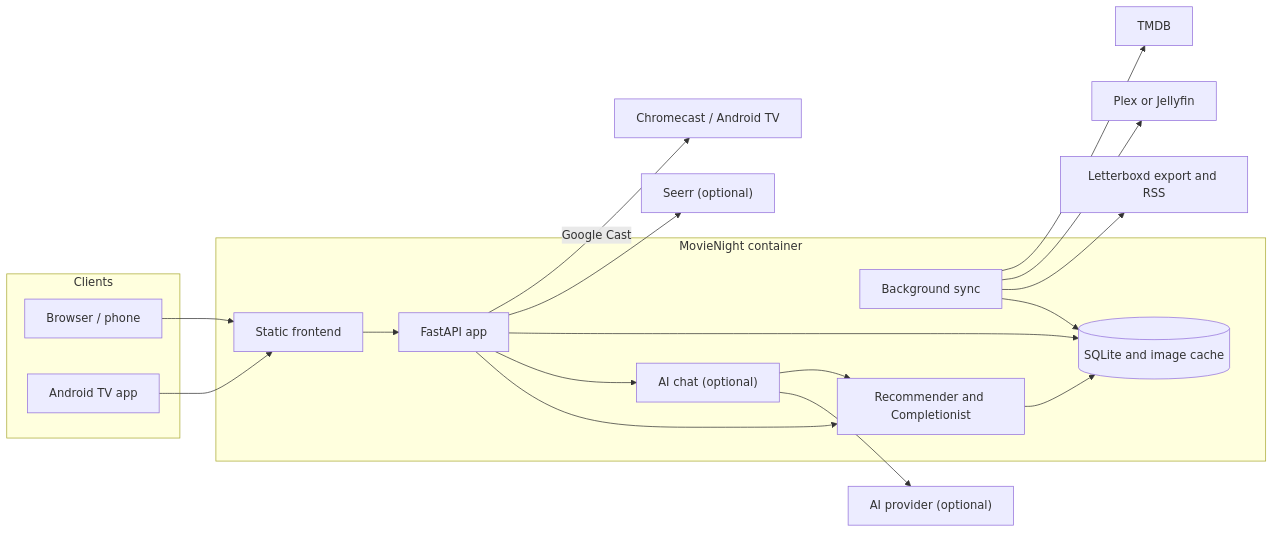
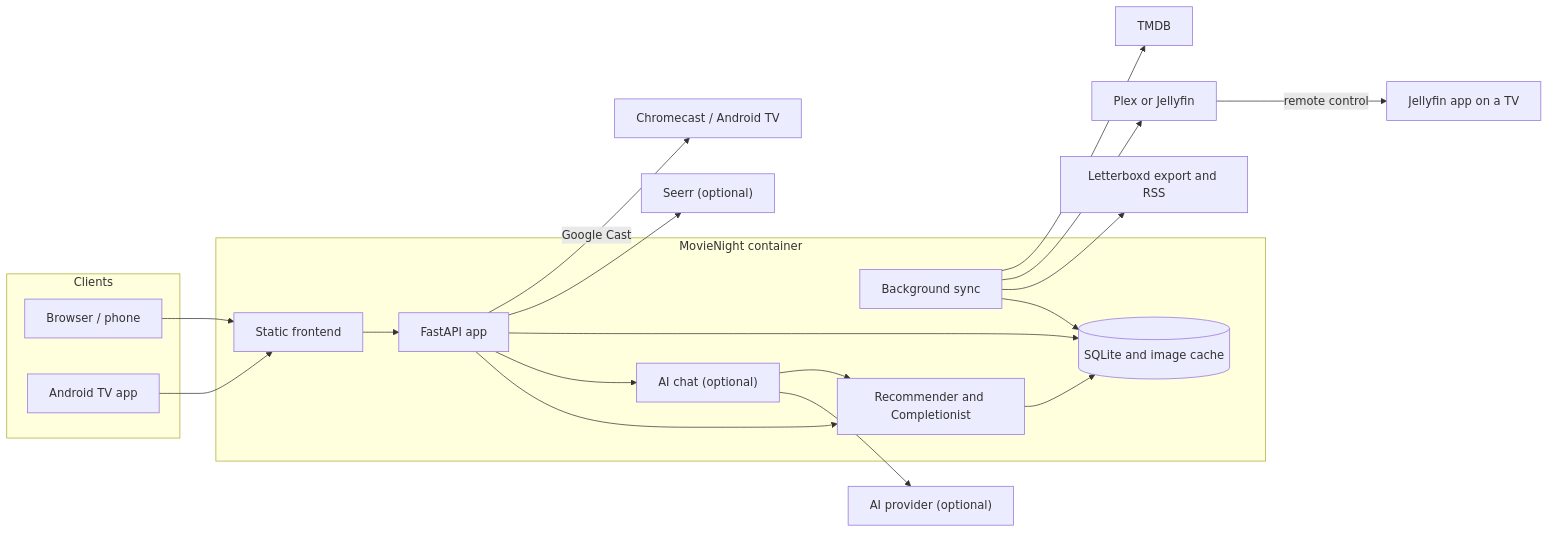
The diagram in README.md (andreub/movienight), drawn with Mermaid before and after one commit. The commit also changed other lines of this file and 7 other files, not shown here.

First line of the commit message:
feat(play): play on Jellyfin clients via session remote control

````diff
--- a/README.md
+++ b/README.md
@@ -78,37 +78,39 @@
 ```mermaid
 flowchart LR
     subgraph Clients
         WEB["Browser / phone"]
         TV["Android TV app"]
     end
     subgraph Container["MovieNight container"]
         API["FastAPI app"]
         SYNC["Background sync"]
         REC["Recommender and Completionist"]
         CHAT["AI chat (optional)"]
         DB[("SQLite and image cache")]
         UI["Static frontend"]
     end
     LB["Letterboxd export and RSS"]
     MS["Plex or Jellyfin"]
     TMDB["TMDB"]
     SEERR["Seerr (optional)"]
     LLM["AI provider (optional)"]
     CAST["Chromecast / Android TV"]
+    JFAPP["Jellyfin app on a TV"]
 
     WEB --> UI
     TV --> UI
     UI --> API
     API --> REC
     API --> CHAT
     REC --> DB
     SYNC --> DB
     API --> DB
     SYNC --> LB
     SYNC --> MS
     SYNC --> TMDB
     API --> SEERR
     API -->|"Google Cast"| CAST
+    MS -->|"remote control"| JFAPP
     CHAT --> LLM
     CHAT --> REC
 ```
````
